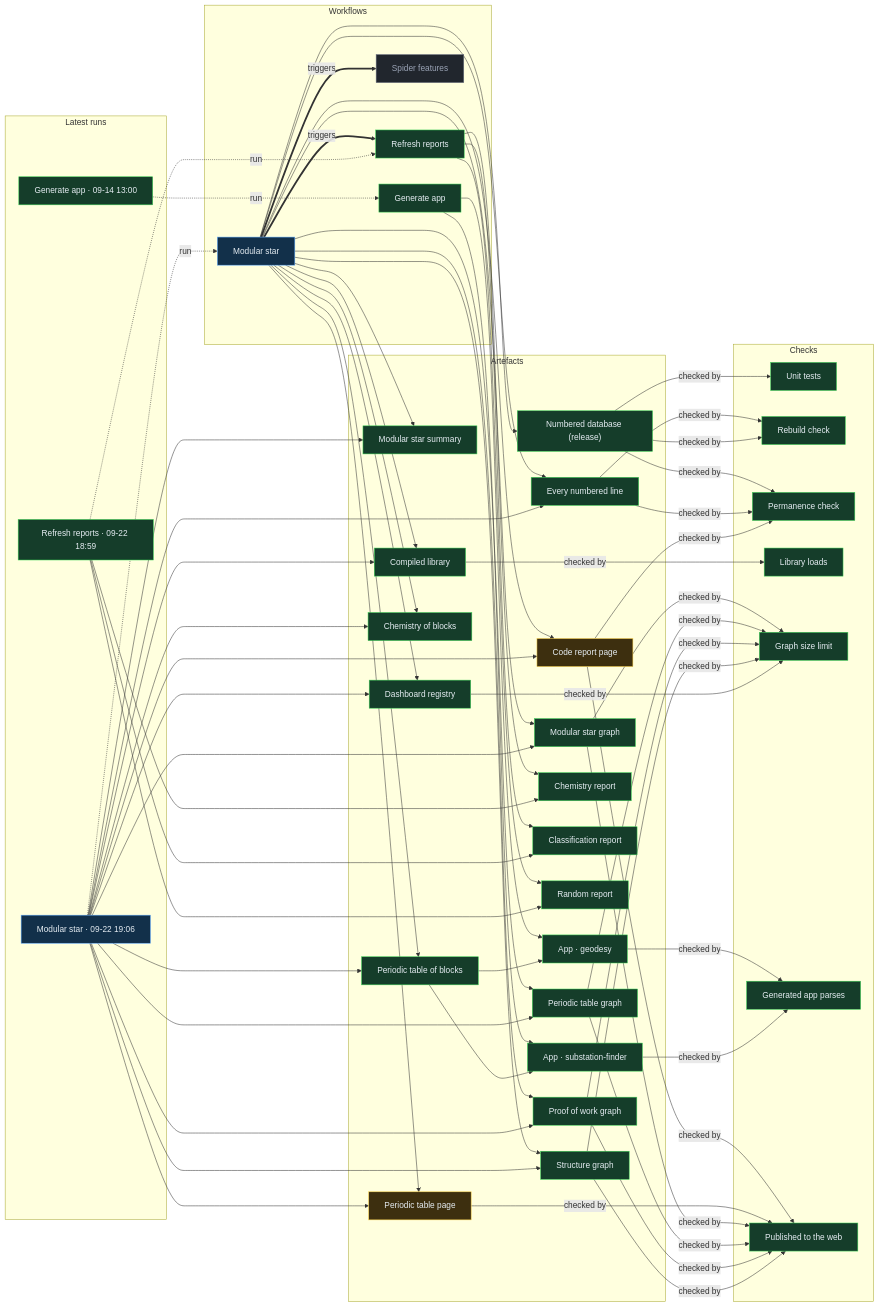
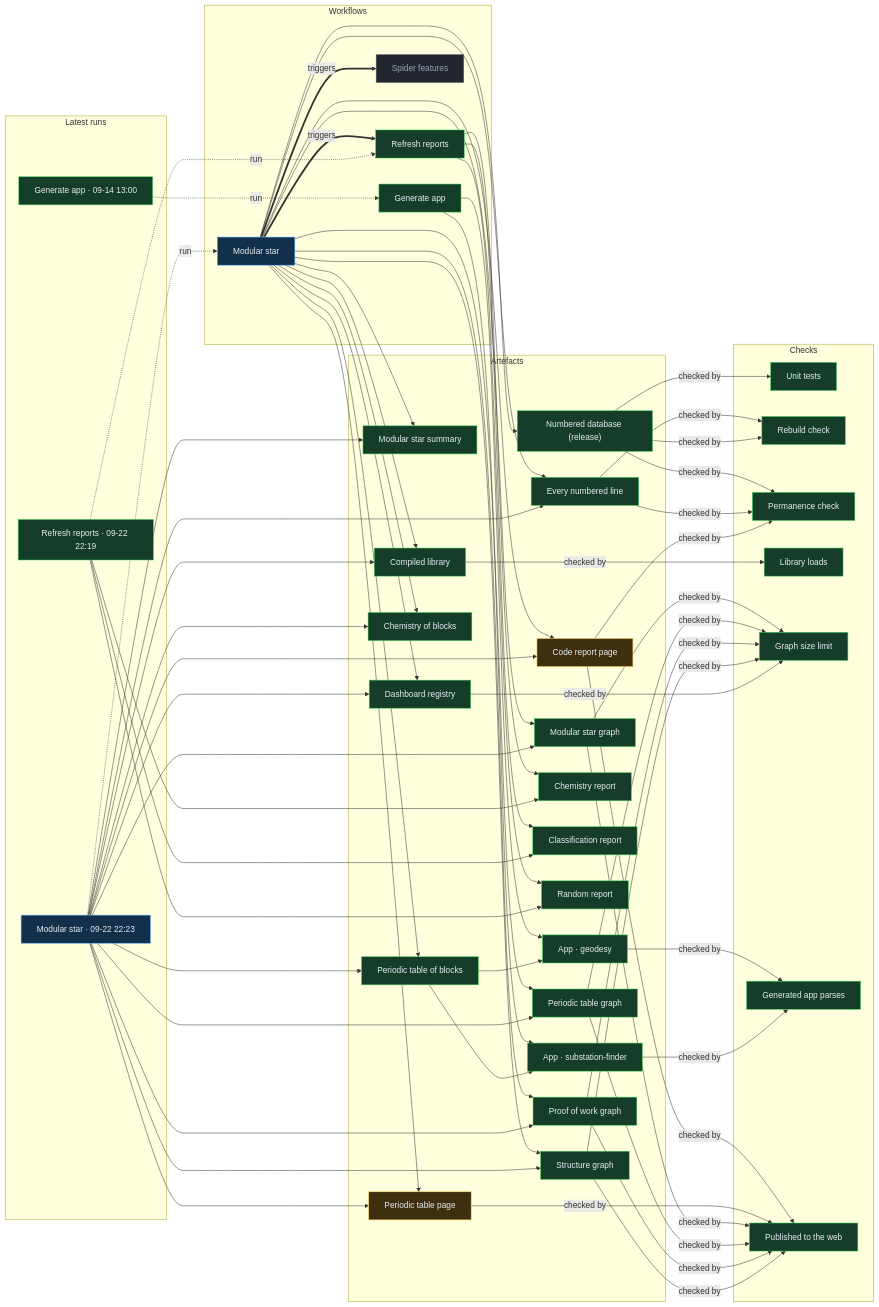
The diagram in proof/PROOF.md (Ventusltd/stars), drawn with Mermaid before and after one commit. The commit also changed other lines of this file and 35 other files, not shown here.

Commit message:
Modular star 2026-09-22T22:26Z

```diff
--- a/proof/PROOF.md
+++ b/proof/PROOF.md
@@ -24,8 +24,8 @@
   n_wf_spider_features["Spider features"]:::off
   end
   subgraph g_runs["Latest runs"]
-  n_run_35771570935["Modular star · 09-22 19:06"]:::live
-  n_run_35770872468["Refresh reports · 09-22 18:59"]:::ok
+  n_run_35792142480["Modular star · 09-22 22:23"]:::live
+  n_run_35791770306["Refresh reports · 09-22 22:19"]:::ok
   n_run_34846587798["Generate app · 09-14 13:00"]:::ok
   end
   subgraph g_artefacts["Artefacts"]
@@ -59,39 +59,39 @@
   end
   n_wf_modular_star == triggers ==> n_wf_refresh
   n_wf_modular_star == triggers ==> n_wf_spider_features
-  n_run_35771570935 -. run .-> n_wf_modular_star
-  n_run_35770872468 -. run .-> n_wf_refresh
+  n_run_35792142480 -. run .-> n_wf_modular_star
+  n_run_35791770306 -. run .-> n_wf_refresh
   n_run_34846587798 -. run .-> n_wf_generate
   n_wf_modular_star --> n_art_summary
-  n_run_35771570935 --> n_art_summary
+  n_run_35792142480 --> n_art_summary
   n_wf_modular_star --> n_art_lines
-  n_run_35771570935 --> n_art_lines
+  n_run_35792142480 --> n_art_lines
   n_wf_modular_star --> n_art_code
-  n_run_35771570935 --> n_art_code
+  n_run_35792142480 --> n_art_code
   n_wf_modular_star --> n_art_modular_graph
-  n_run_35771570935 --> n_art_modular_graph
+  n_run_35792142480 --> n_art_modular_graph
   n_wf_modular_star --> n_art_blocks
-  n_run_35771570935 --> n_art_blocks
+  n_run_35792142480 --> n_art_blocks
   n_wf_modular_star --> n_art_table
-  n_run_35771570935 --> n_art_table
+  n_run_35792142480 --> n_art_table
   n_wf_modular_star --> n_art_blocks_graph
-  n_run_35771570935 --> n_art_blocks_graph
+  n_run_35792142480 --> n_art_blocks_graph
   n_wf_modular_star --> n_art_reactions
-  n_run_35771570935 --> n_art_reactions
+  n_run_35792142480 --> n_art_reactions
   n_wf_modular_star --> n_art_library
-  n_run_35771570935 --> n_art_library
+  n_run_35792142480 --> n_art_library
   n_wf_modular_star --> n_art_features
-  n_run_35771570935 --> n_art_features
+  n_run_35792142480 --> n_art_features
   n_wf_modular_star --> n_art_proof
-  n_run_35771570935 --> n_art_proof
+  n_run_35792142480 --> n_art_proof
   n_wf_modular_star --> n_art_structure
-  n_run_35771570935 --> n_art_structure
+  n_run_35792142480 --> n_art_structure
   n_wf_refresh --> n_art_chemistry
-  n_run_35770872468 --> n_art_chemistry
+  n_run_35791770306 --> n_art_chemistry
   n_wf_refresh --> n_art_vedic
-  n_run_35770872468 --> n_art_vedic
+  n_run_35791770306 --> n_art_vedic
   n_wf_refresh --> n_art_random
-  n_run_35770872468 --> n_art_random
+  n_run_35791770306 --> n_art_random
   n_wf_modular_star --> n_art_release
   n_wf_generate --> n_app_geodesy
   n_art_blocks --> n_app_geodesy
```
